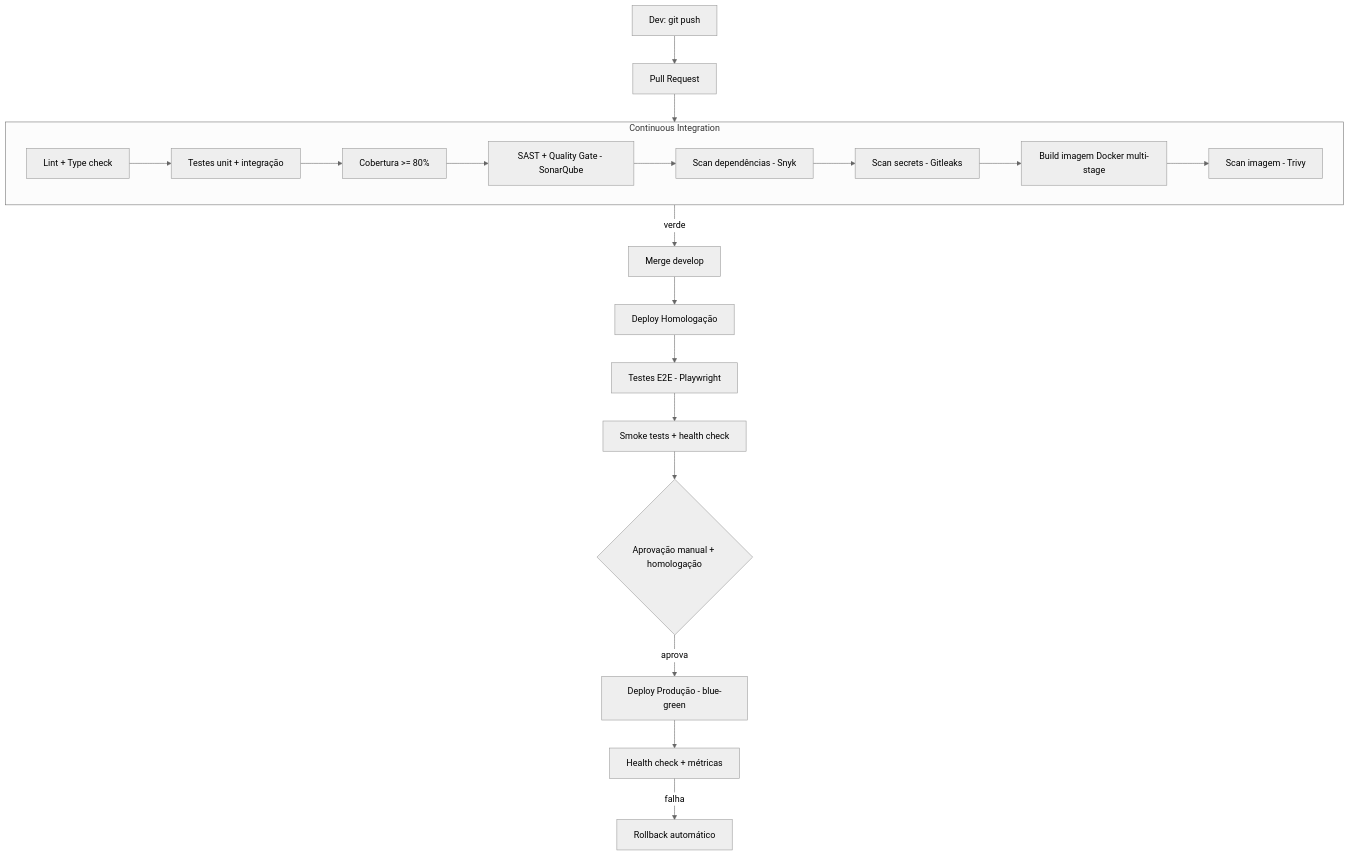
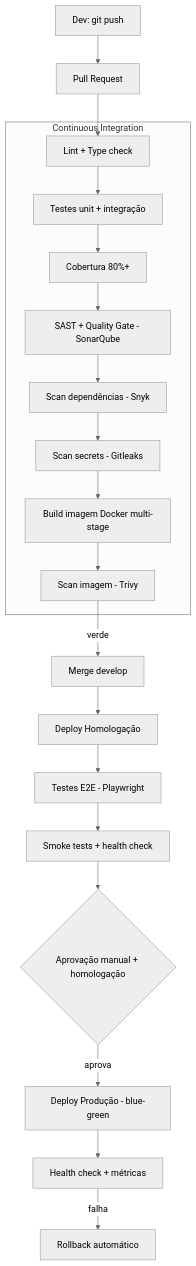
One commit to Rahgomes/case-supernova changed the diagram in docs/05-devops-cicd.md. Above: the diagram before and after it, drawn with Mermaid (neutral theme).

Commit message:
fix(diagrams): corrige id duplicado e label no fluxograma da esteira CI/CD

````diff
--- a/docs/05-devops-cicd.md
+++ b/docs/05-devops-cicd.md
@@ -5,22 +5,22 @@
 ```mermaid
 flowchart TD
     DEV[Dev: git push] --> PR[Pull Request]
-    PR --> CI{CI Pipeline}
-    subgraph CI [Continuous Integration]
+    PR --> L
+    subgraph CIB [Continuous Integration]
         L[Lint + Type check] --> T[Testes unit + integração]
-        T --> COV[Cobertura >= 80%]
+        T --> COV[Cobertura 80%+]
         COV --> SAST[SAST + Quality Gate - SonarQube]
         SAST --> SCA[Scan dependências - Snyk]
         SCA --> SEC[Scan secrets - Gitleaks]
         SEC --> BUILD[Build imagem Docker multi-stage]
         BUILD --> IMG[Scan imagem - Trivy]
     end
-    CI -->|verde| MERGE[Merge develop]
+    IMG -->|verde| MERGE[Merge develop]
     MERGE --> CDH[Deploy Homologação]
     CDH --> E2E[Testes E2E - Playwright]
     E2E --> SMOKE[Smoke tests + health check]
     SMOKE --> APPROVE{Aprovação manual + homologação}
     APPROVE -->|aprova| CDP[Deploy Produção - blue-green]
     CDP --> POST[Health check + métricas]
     POST -->|falha| RB[Rollback automático]
 ```
````
